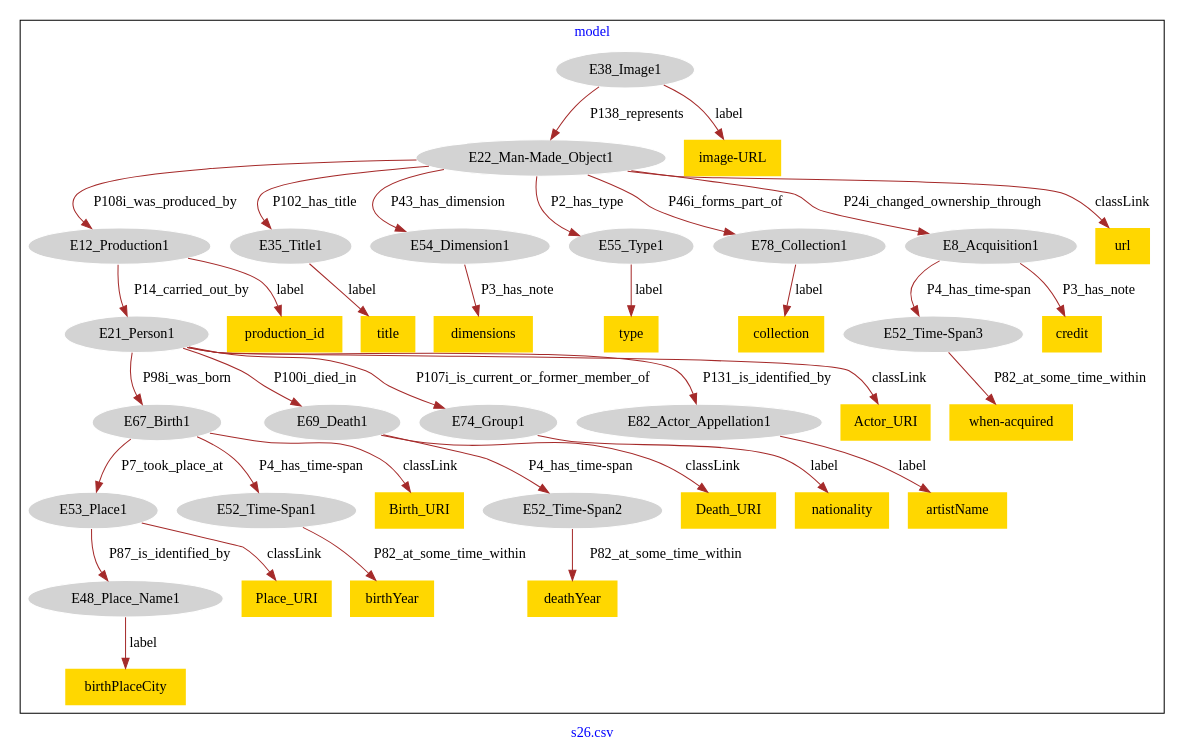
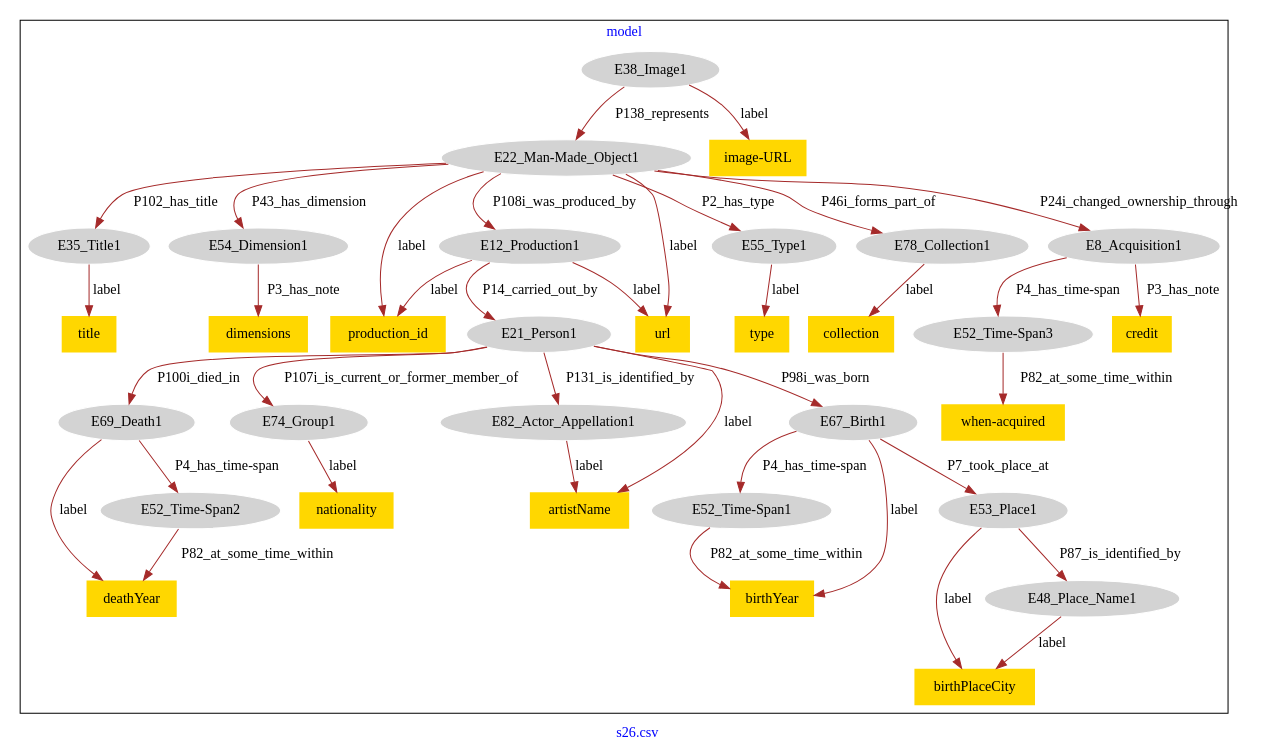
The diagram in DataSets/museum-crm/models-graphviz/s26.csv.model.dot (Zaiwen/ModelCorrection_Jiakang_XU), drawn with Graphviz before and after one commit. The commit also changed 67 other files, not shown here.

```diff
--- a/DataSets/museum-crm/models-graphviz/s26.csv.model.dot
+++ b/DataSets/museum-crm/models-graphviz/s26.csv.model.dot
@@ -1,79 +1,77 @@
 digraph n0 {
 fontcolor="blue"
 remincross="true"
 label="s26.csv"
 subgraph cluster {
 label="model"
 n2[style="filled",color="white",fillcolor="lightgray",label="E12_Production1"];
 n3[style="filled",color="white",fillcolor="lightgray",label="E21_Person1"];
 n4[style="filled",color="white",fillcolor="lightgray",label="E67_Birth1"];
 n5[style="filled",color="white",fillcolor="lightgray",label="E69_Death1"];
 n6[style="filled",color="white",fillcolor="lightgray",label="E74_Group1"];
 n7[style="filled",color="white",fillcolor="lightgray",label="E82_Actor_Appellation1"];
 n8[style="filled",color="white",fillcolor="lightgray",label="E22_Man-Made_Object1"];
 n9[style="filled",color="white",fillcolor="lightgray",label="E35_Title1"];
 n10[style="filled",color="white",fillcolor="lightgray",label="E54_Dimension1"];
 n11[style="filled",color="white",fillcolor="lightgray",label="E55_Type1"];
 n12[style="filled",color="white",fillcolor="lightgray",label="E78_Collection1"];
 n13[style="filled",color="white",fillcolor="lightgray",label="E8_Acquisition1"];
 n14[style="filled",color="white",fillcolor="lightgray",label="E38_Image1"];
 n15[style="filled",color="white",fillcolor="lightgray",label="E53_Place1"];
 n16[style="filled",color="white",fillcolor="lightgray",label="E48_Place_Name1"];
 n17[style="filled",color="white",fillcolor="lightgray",label="E52_Time-Span1"];
 n18[style="filled",color="white",fillcolor="lightgray",label="E52_Time-Span2"];
 n19[style="filled",color="white",fillcolor="lightgray",label="E52_Time-Span3"];
-n20[shape="plaintext",style="filled",fillcolor="gold",label="Death_URI"];
-n21[shape="plaintext",style="filled",fillcolor="gold",label="url"];
-n22[shape="plaintext",style="filled",fillcolor="gold",label="type"];
-n23[shape="plaintext",style="filled",fillcolor="gold",label="nationality"];
-n24[shape="plaintext",style="filled",fillcolor="gold",label="title"];
-n25[shape="plaintext",style="filled",fillcolor="gold",label="Place_URI"];
-n26[shape="plaintext",style="filled",fillcolor="gold",label="dimensions"];
-n27[shape="plaintext",style="filled",fillcolor="gold",label="when-acquired"];
-n28[shape="plaintext",style="filled",fillcolor="gold",label="Actor_URI"];
-n29[shape="plaintext",style="filled",fillcolor="gold",label="birthPlaceCity"];
-n30[shape="plaintext",style="filled",fillcolor="gold",label="Birth_URI"];
-n31[shape="plaintext",style="filled",fillcolor="gold",label="birthYear"];
-n32[shape="plaintext",style="filled",fillcolor="gold",label="credit"];
-n33[shape="plaintext",style="filled",fillcolor="gold",label="artistName"];
-n34[shape="plaintext",style="filled",fillcolor="gold",label="collection"];
-n35[shape="plaintext",style="filled",fillcolor="gold",label="production_id"];
-n36[shape="plaintext",style="filled",fillcolor="gold",label="image-URL"];
-n37[shape="plaintext",style="filled",fillcolor="gold",label="deathYear"];
+n20[shape="plaintext",style="filled",fillcolor="gold",label="nationality"];
+n21[shape="plaintext",style="filled",fillcolor="gold",label="when-acquired"];
+n22[shape="plaintext",style="filled",fillcolor="gold",label="dimensions"];
+n23[shape="plaintext",style="filled",fillcolor="gold",label="birthPlaceCity"];
+n24[shape="plaintext",style="filled",fillcolor="gold",label="artistName"];
+n25[shape="plaintext",style="filled",fillcolor="gold",label="birthYear"];
+n26[shape="plaintext",style="filled",fillcolor="gold",label="credit"];
+n27[shape="plaintext",style="filled",fillcolor="gold",label="image-URL"];
+n28[shape="plaintext",style="filled",fillcolor="gold",label="deathYear"];
+n29[shape="plaintext",style="filled",fillcolor="gold",label="collection"];
+n30[shape="plaintext",style="filled",fillcolor="gold",label="production_id"];
+n31[shape="plaintext",style="filled",fillcolor="gold",label="type"];
+n32[shape="plaintext",style="filled",fillcolor="gold",label="url"];
+n33[shape="plaintext",style="filled",fillcolor="gold",label="title"];
 }
 n2 -> n3[color="brown",fontcolor="black",label="P14_carried_out_by"]
 n3 -> n4[color="brown",fontcolor="black",label="P98i_was_born"]
 n3 -> n5[color="brown",fontcolor="black",label="P100i_died_in"]
 n3 -> n6[color="brown",fontcolor="black",label="P107i_is_current_or_former_member_of"]
 n3 -> n7[color="brown",fontcolor="black",label="P131_is_identified_by"]
 n8 -> n2[color="brown",fontcolor="black",label="P108i_was_produced_by"]
 n8 -> n9[color="brown",fontcolor="black",label="P102_has_title"]
 n8 -> n10[color="brown",fontcolor="black",label="P43_has_dimension"]
 n8 -> n11[color="brown",fontcolor="black",label="P2_has_type"]
 n8 -> n12[color="brown",fontcolor="black",label="P46i_forms_part_of"]
 n8 -> n13[color="brown",fontcolor="black",label="P24i_changed_ownership_through"]
 n14 -> n8[color="brown",fontcolor="black",label="P138_represents"]
 n15 -> n16[color="brown",fontcolor="black",label="P87_is_identified_by"]
 n4 -> n17[color="brown",fontcolor="black",label="P4_has_time-span"]
 n4 -> n15[color="brown",fontcolor="black",label="P7_took_place_at"]
 n5 -> n18[color="brown",fontcolor="black",label="P4_has_time-span"]
 n13 -> n19[color="brown",fontcolor="black",label="P4_has_time-span"]
-n5 -> n20[color="brown",fontcolor="black",label="classLink"]
-n8 -> n21[color="brown",fontcolor="black",label="classLink"]
-n11 -> n22[color="brown",fontcolor="black",label="label"]
-n6 -> n23[color="brown",fontcolor="black",label="label"]
-n9 -> n24[color="brown",fontcolor="black",label="label"]
-n15 -> n25[color="brown",fontcolor="black",label="classLink"]
-n10 -> n26[color="brown",fontcolor="black",label="P3_has_note"]
-n19 -> n27[color="brown",fontcolor="black",label="P82_at_some_time_within"]
-n3 -> n28[color="brown",fontcolor="black",label="classLink"]
-n16 -> n29[color="brown",fontcolor="black",label="label"]
-n4 -> n30[color="brown",fontcolor="black",label="classLink"]
-n17 -> n31[color="brown",fontcolor="black",label="P82_at_some_time_within"]
-n13 -> n32[color="brown",fontcolor="black",label="P3_has_note"]
-n7 -> n33[color="brown",fontcolor="black",label="label"]
-n12 -> n34[color="brown",fontcolor="black",label="label"]
-n2 -> n35[color="brown",fontcolor="black",label="label"]
-n14 -> n36[color="brown",fontcolor="black",label="label"]
-n18 -> n37[color="brown",fontcolor="black",label="P82_at_some_time_within"]
+n6 -> n20[color="brown",fontcolor="black",label="label"]
+n19 -> n21[color="brown",fontcolor="black",label="P82_at_some_time_within"]
+n10 -> n22[color="brown",fontcolor="black",label="P3_has_note"]
+n16 -> n23[color="brown",fontcolor="black",label="label"]
+n7 -> n24[color="brown",fontcolor="black",label="label"]
+n17 -> n25[color="brown",fontcolor="black",label="P82_at_some_time_within"]
+n13 -> n26[color="brown",fontcolor="black",label="P3_has_note"]
+n14 -> n27[color="brown",fontcolor="black",label="label"]
+n18 -> n28[color="brown",fontcolor="black",label="P82_at_some_time_within"]
+n12 -> n29[color="brown",fontcolor="black",label="label"]
+n2 -> n30[color="brown",fontcolor="black",label="label"]
+n11 -> n31[color="brown",fontcolor="black",label="label"]
+n2 -> n32[color="brown",fontcolor="black",label="label"]
+n9 -> n33[color="brown",fontcolor="black",label="label"]
+n8 -> n32[color="brown",fontcolor="black",label="label"]
+n3 -> n24[color="brown",fontcolor="black",label="label"]
+n4 -> n25[color="brown",fontcolor="black",label="label"]
+n15 -> n23[color="brown",fontcolor="black",label="label"]
+n5 -> n28[color="brown",fontcolor="black",label="label"]
+n8 -> n30[color="brown",fontcolor="black",label="label"]
 }
```
